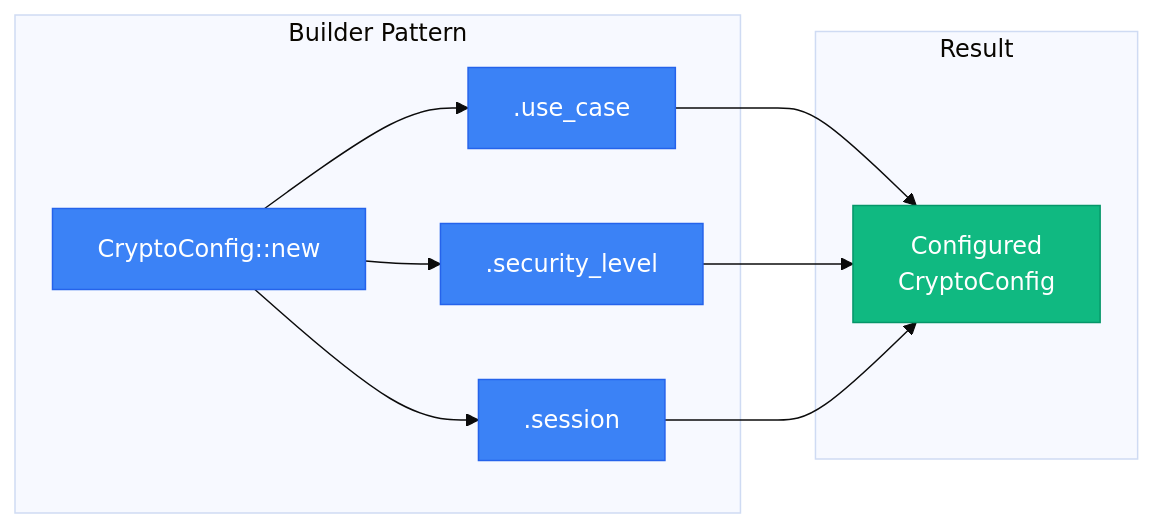
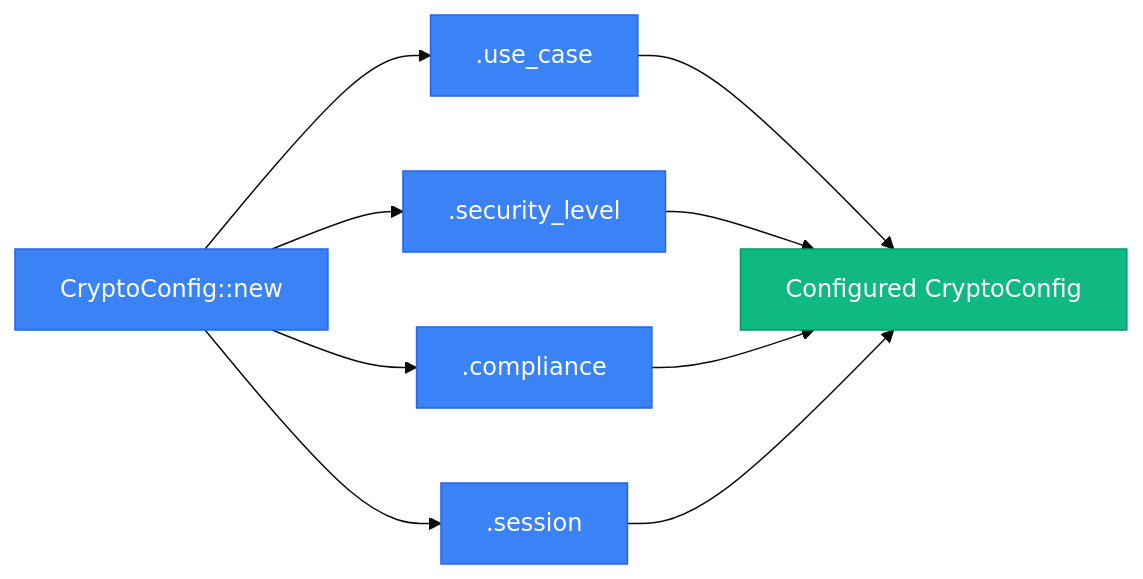
Before and after one commit to LatticeArc/latticearc: the fourth of 7 diagrams in docs/UNIFIED_API_GUIDE.md, drawn with Mermaid (base theme). The commit also changed other lines of this file and 7 other files, not shown here.

````diff
--- a/docs/UNIFIED_API_GUIDE.md
+++ b/docs/UNIFIED_API_GUIDE.md
@@ -208,26 +208,17 @@
 ```mermaid
 graph LR
-    subgraph "Builder Pattern"
-        NEW[CryptoConfig::new]
-        UC[.use_case]
-        SL[.security_level]
-        SS[.session]
-    end
-
-    subgraph "Result"
-        CFG[Configured<br/>CryptoConfig]
-    end
-
-    NEW --> UC
-    NEW --> SL
-    NEW --> SS
-    UC --> CFG
+    NEW[CryptoConfig::new] --> UC[.use_case]
+    NEW --> SL[.security_level]
+    NEW --> CM[.compliance]
+    NEW --> SS[.session]
+    UC --> CFG[Configured CryptoConfig]
     SL --> CFG
+    CM --> CFG
     SS --> CFG
 
     classDef builder fill:#3b82f6,stroke:#2563eb,color:#fff
     classDef result fill:#10b981,stroke:#059669,color:#fff
 
-    class NEW,UC,SL,SS builder
+    class NEW,UC,SL,CM,SS builder
     class CFG result
 ```
````
